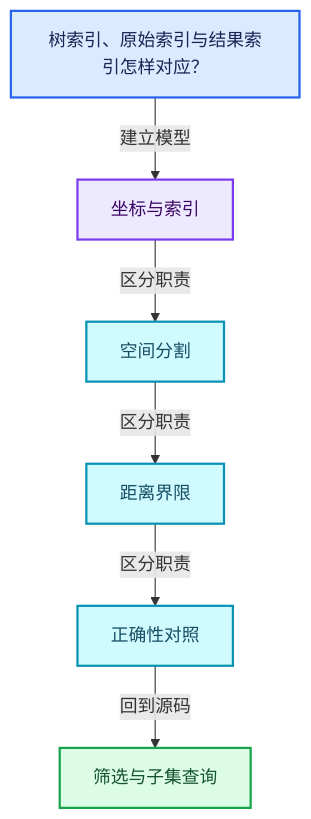
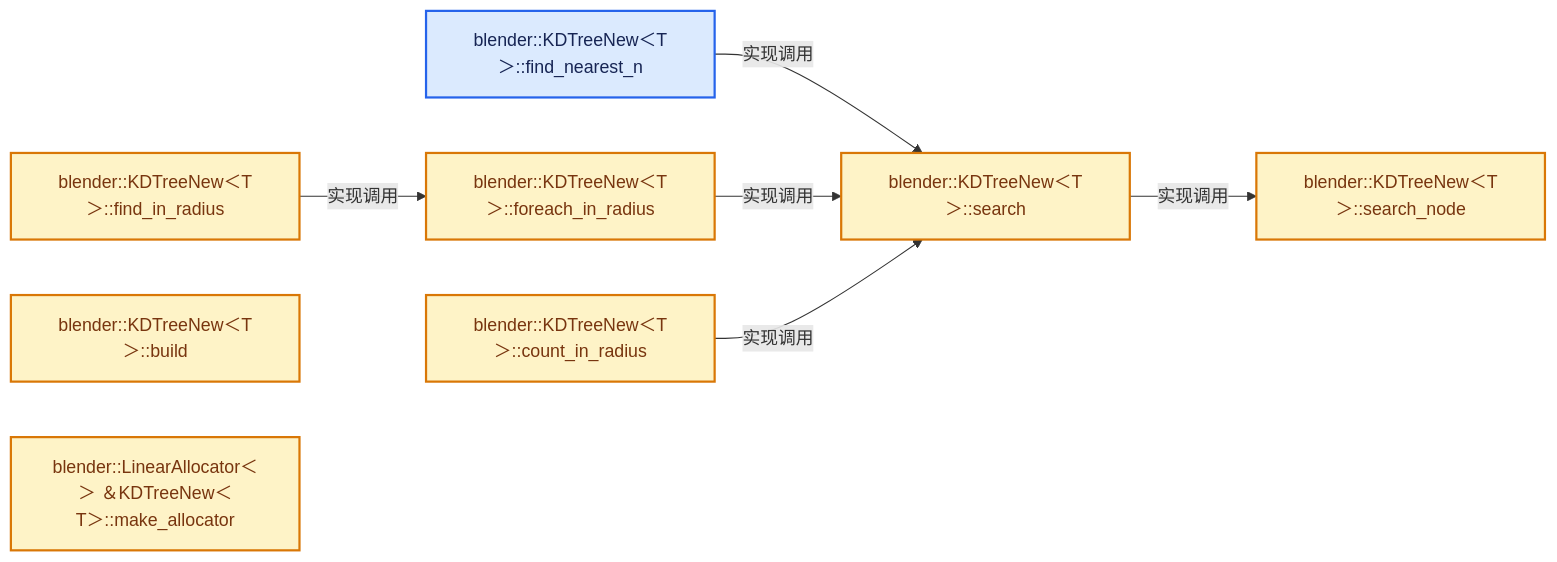
One commit to yunkezengren/blender-.vscode changed the second of 4 diagrams in 杂/markdown/全面学习-codex/12-空间数据结构与几何算法/06-筛选与子集查询.md. Above: the diagram before and after it, drawn with Mermaid. The commit also changed other lines of this file and 1930 other files, not shown here.

````diff
--- a/杂/markdown/全面学习-codex/12-空间数据结构与几何算法/06-筛选与子集查询.md
+++ b/杂/markdown/全面学习-codex/12-空间数据结构与几何算法/06-筛选与子集查询.md
@@ -61,20 +46,22 @@
 ```mermaid
-flowchart TB
-  Q["树索引、原始索引与结果索引怎样对应？"]:::input
-  C0["坐标与索引"]:::abstraction
-  C1["空间分割"]:::data
-  C2["距离界限"]:::data
-  C3["正确性对照"]:::data
-  R["筛选与子集查询"]:::result
-  Q -->|"建立模型"| C0
-  C0 -->|"区分职责"| C1
-  C1 -->|"区分职责"| C2
-  C2 -->|"区分职责"| C3
-  C3 -->|"回到源码"| R
+flowchart LR
+  F0["blender::KDTreeNew＜T＞::find_nearest_n"]:::input
+  F1["blender::KDTreeNew＜T＞::foreach_in_radius"]:::compute
+  F2["blender::KDTreeNew＜T＞::find_in_radius"]:::compute
+  F3["blender::KDTreeNew＜T＞::count_in_radius"]:::compute
+  F4["blender::KDTreeNew＜T＞::search"]:::compute
+  F5["blender::KDTreeNew＜T＞::search_node"]:::compute
+  F6["blender::KDTreeNew＜T＞::build"]:::compute
+  F7["blender::LinearAllocator＜＞ ＆KDTreeNew＜<br/>T＞::make_allocator"]:::compute
+  F0 -->|"实现调用"| F4
+  F1 -->|"实现调用"| F4
+  F2 -->|"实现调用"| F1
+  F3 -->|"实现调用"| F4
+  F4 -->|"实现调用"| F5
   classDef input fill:#DBEAFE,stroke:#2563EB,color:#172554,stroke-width:2px;
   classDef data fill:#CFFAFE,stroke:#0891B2,color:#164E63,stroke-width:2px;
   classDef abstraction fill:#EDE9FE,stroke:#7C3AED,color:#3B0764,stroke-width:2px;
   classDef compute fill:#FEF3C7,stroke:#D97706,color:#78350F,stroke-width:2px;
   classDef result fill:#DCFCE7,stroke:#16A34A,color:#14532D,stroke-width:2px;
   classDef error fill:#FEE2E2,stroke:#DC2626,color:#7F1D1D,stroke-width:2px;
 ```
````
